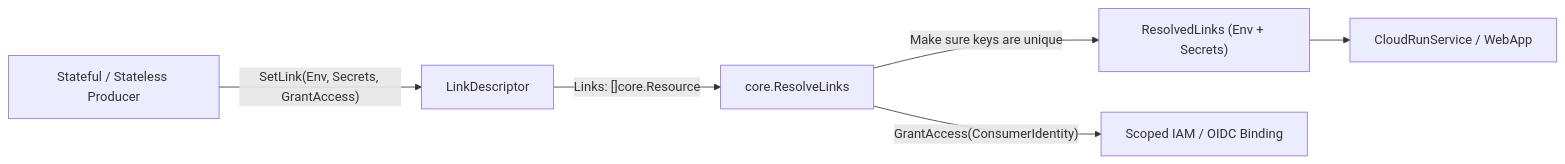
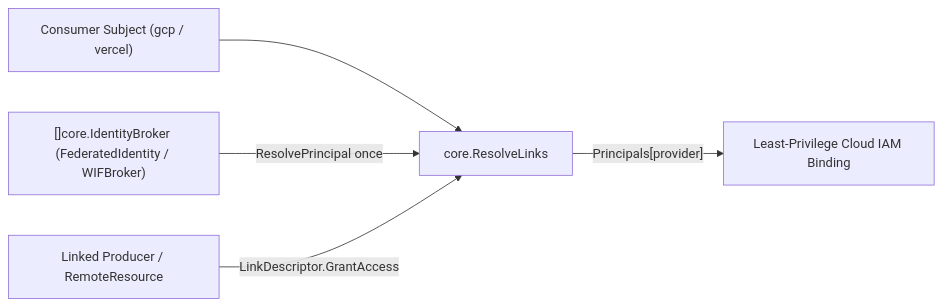
Before and after one commit to cloudvoyant/openbase: the second of 2 diagrams in docs/architecture/resources.md, drawn with Mermaid. The commit also changed other lines of this file and 124 other files, not shown here.

````diff
--- a/docs/architecture/resources.md
+++ b/docs/architecture/resources.md
@@ -57,8 +63,7 @@
 ```mermaid
 flowchart LR
-    Producer["Stateful / Stateless Producer"] -->|"SetLink(Env, Secrets, GrantAccess)"| Link["LinkDescriptor"]
-    Link -->|"Links: []core.Resource"| Resolver["core.ResolveLinks"]
-    Resolver -->|"Make sure keys are unique"| Merged["ResolvedLinks (Env + Secrets)"]
-    Resolver -->|"GrantAccess(ConsumerIdentity)"| IAM["Scoped IAM / OIDC Binding"]
-    Merged --> Workload["CloudRunService / WebApp"]
+    Consumer["Consumer Subject (gcp / vercel)"] --> Resolver["core.ResolveLinks"]
+    Brokers["[]core.IdentityBroker (FederatedIdentity / WIFBroker)"] -->|"ResolvePrincipal once"| Resolver
+    Producer["Linked Producer / RemoteResource"] -->|"LinkDescriptor.GrantAccess"| Resolver
+    Resolver -->|"Principals[provider]"| IAM["Least-Privilege Cloud IAM Binding"]
 ```
````
